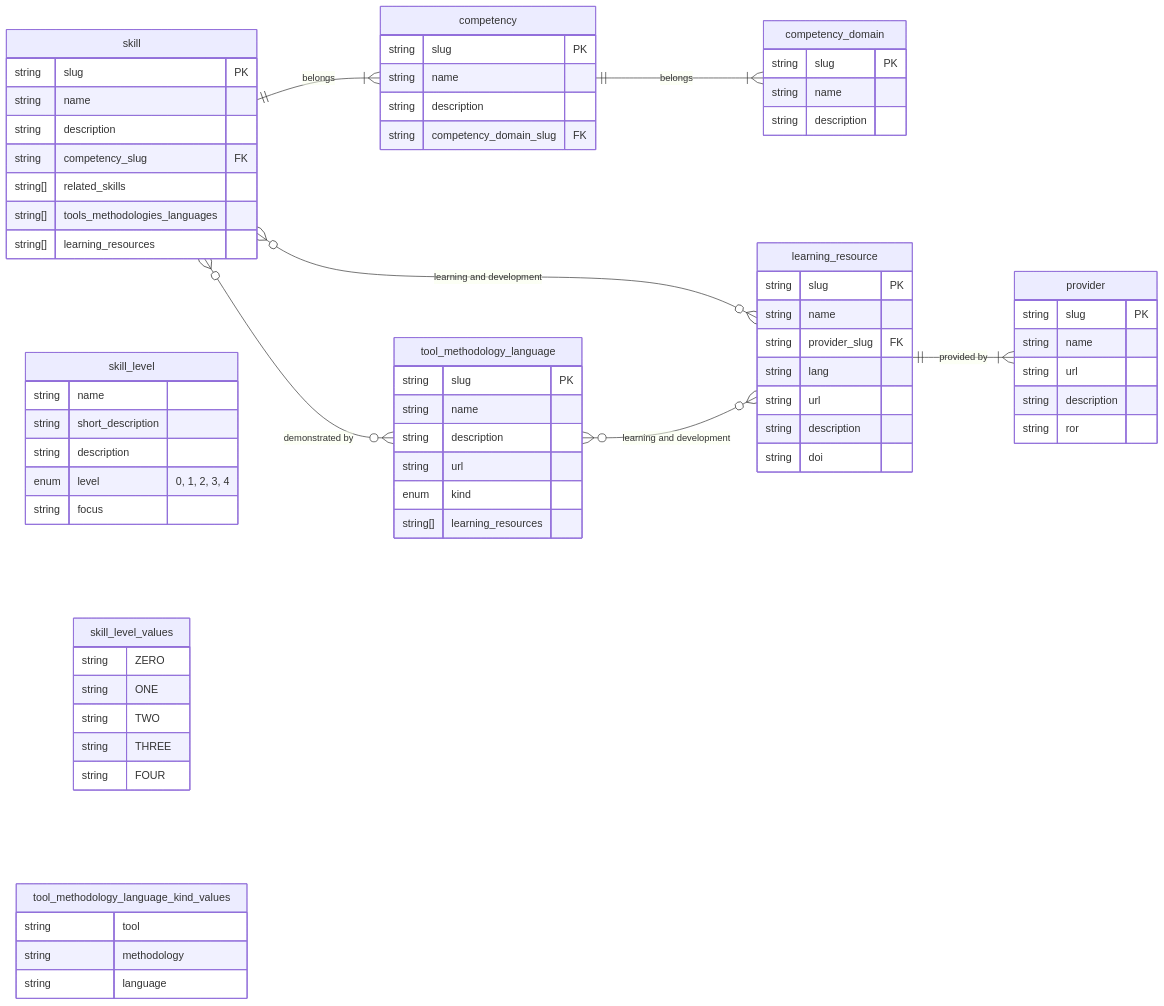
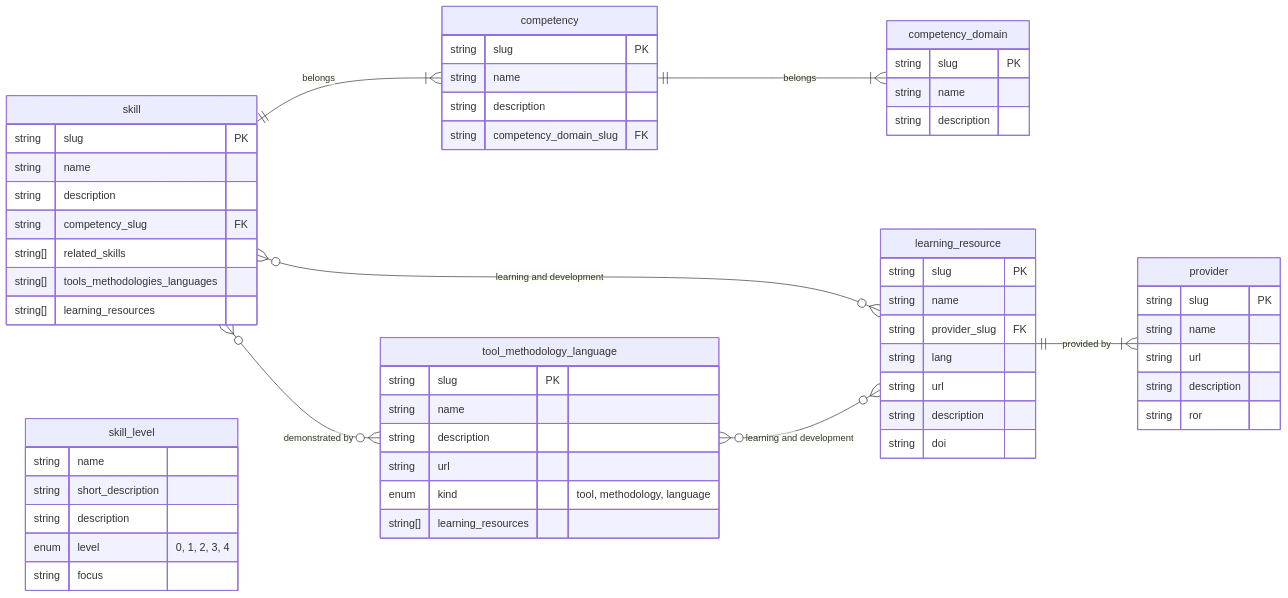
The diagram in framework/README.md (direct-framework/digital-research-competencies-framework), drawn with Mermaid before and after one commit.

````diff
--- a/framework/README.md
+++ b/framework/README.md
@@ -17,82 +17,68 @@
 ```mermaid
 erDiagram
     direction LR
     competency ||--|{competency_domain : belongs
     skill ||--|{ competency : belongs
     skill }o--o{ tool_methodology_language : "demonstrated by"
     skill }o--o{ learning_resource: "learning and development"
     tool_methodology_language }o--o{ learning_resource : "learning and development"
     learning_resource ||--|{ provider : "provided by"
 
     competency_domain {
             string slug PK
 	    string name
 	    string description
     }
 
     competency {
 	    string slug PK
 	    string name
 	    string description
 	    string competency_domain_slug FK
     }
 
     skill {
 	    string slug PK
 	    string name
 	    string description
 	    string competency_slug FK
             string[] related_skills
             string[] tools_methodologies_languages
             string[] learning_resources
     }
 
     tool_methodology_language {
         string slug PK
         string name
         string description
         string url
-        enum kind
+        enum kind "tool, methodology, language"
         string[] learning_resources
     }
 
     learning_resource {
         string slug PK
         string name
         string provider_slug FK
         string lang
         string url
         string description
         string doi
     }
 
     provider {
         string slug PK
         string name
         string url
         string description
         string ror
     }
 
     skill_level {
 	    string name
 	    string short_description
 	    string description
             enum level "0, 1, 2, 3, 4"
 		string focus
     }
-
-    skill_level_values {
-        string ZERO
-		string ONE
-        string TWO
-        string THREE
-        string FOUR
-    }
-
-    tool_methodology_language_kind_values {
-        string tool
-		string methodology
-        string language
-    }
 ```
````
